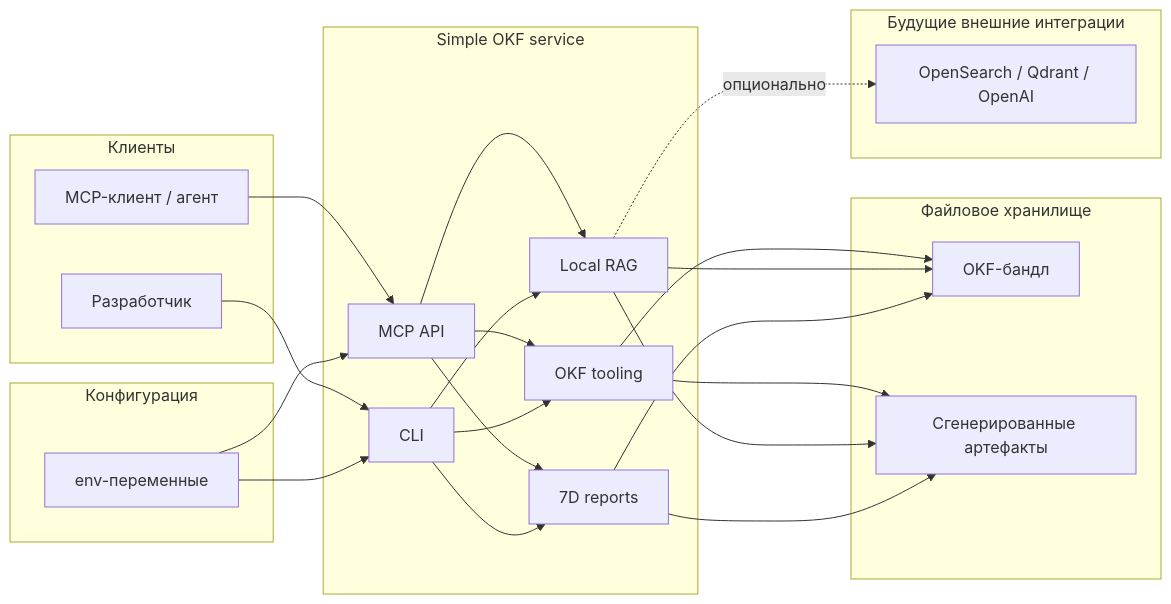
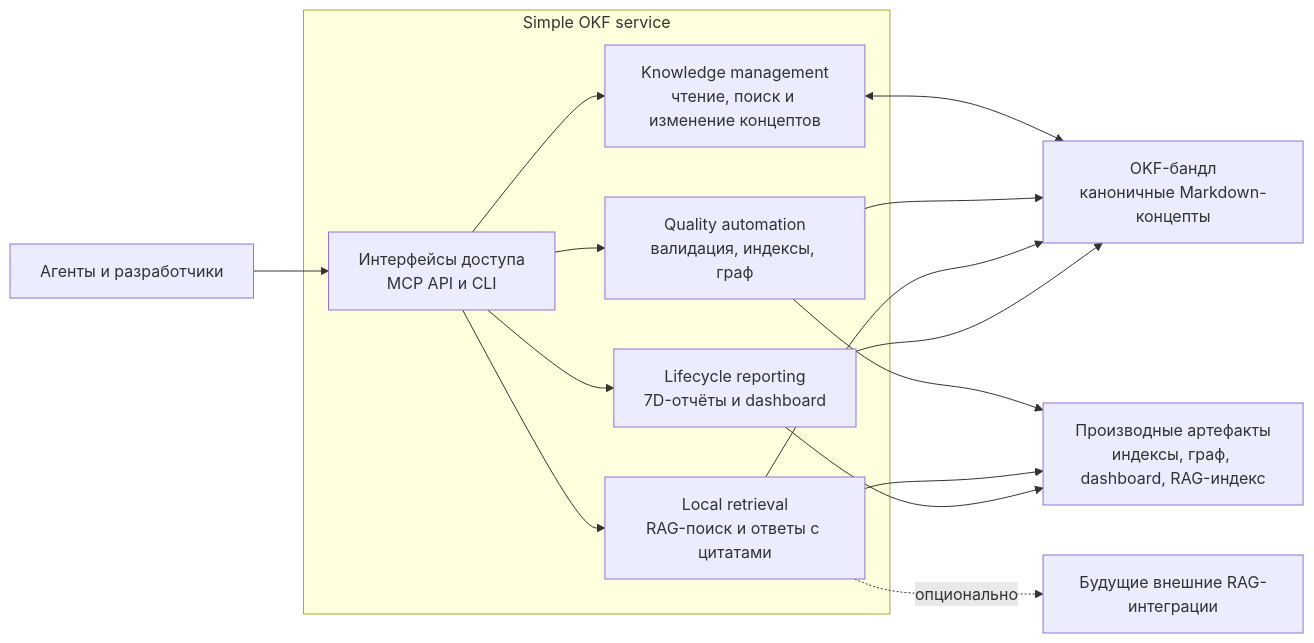
The diagram in README.md (18studio/simple_okf), drawn with Mermaid before and after one commit. The commit also changed other lines of this file, not shown here.

````diff
--- a/README.md
+++ b/README.md
@@ -125,50 +125,33 @@
 ```mermaid
 flowchart LR
-    subgraph clients["Клиенты"]
-        agent["MCP-клиент / агент"]
-        developer["Разработчик"]
+    actors["Агенты и разработчики"]
+
+    subgraph service["Simple OKF service"]
+        access["Интерфейсы доступа\nMCP API и CLI"]
+        knowledge["Knowledge management\nчтение, поиск и изменение концептов"]
+        quality["Quality automation\nвалидация, индексы, граф"]
+        retrieval["Local retrieval\nRAG-поиск и ответы с цитатами"]
+        lifecycle["Lifecycle reporting\n7D-отчёты и dashboard"]
     end
 
-    subgraph service["Simple OKF service"]
-        api["MCP API"]
-        cli["CLI"]
-        okf["OKF tooling"]
-        rag["Local RAG"]
-        lifecycle["7D reports"]
-    end
+    bundle["OKF-бандл\nканоничные Markdown-концепты"]
+    artifacts["Производные артефакты\nиндексы, граф, dashboard, RAG-индекс"]
+    external["Будущие внешние RAG-интеграции"]
 
-    subgraph config["Конфигурация"]
-        env["env-переменные"]
-    end
+    actors --> access
+    access --> knowledge
+    access --> quality
+    access --> retrieval
+    access --> lifecycle
 
-    subgraph storage["Файловое хранилище"]
-        bundle["OKF-бандл"]
-        artifacts["Сгенерированные артефакты"]
-    end
+    knowledge <--> bundle
+    quality --> bundle
+    retrieval --> bundle
+    lifecycle --> bundle
 
-    subgraph optional["Будущие внешние интеграции"]
-        external["OpenSearch / Qdrant / OpenAI"]
-    end
-
-    agent --> api
-    developer --> cli
-
-    env --> api
-    env --> cli
-
-    api --> okf
-    api --> rag
-    api --> lifecycle
-    cli --> okf
-    cli --> rag
-    cli --> lifecycle
-
-    okf --> bundle
-    okf --> artifacts
-    rag --> bundle
-    rag --> artifacts
-    lifecycle --> bundle
+    quality --> artifacts
+    retrieval --> artifacts
     lifecycle --> artifacts
 
-    rag -. опционально .-> external
+    retrieval -. опционально .-> external
 ```
````
